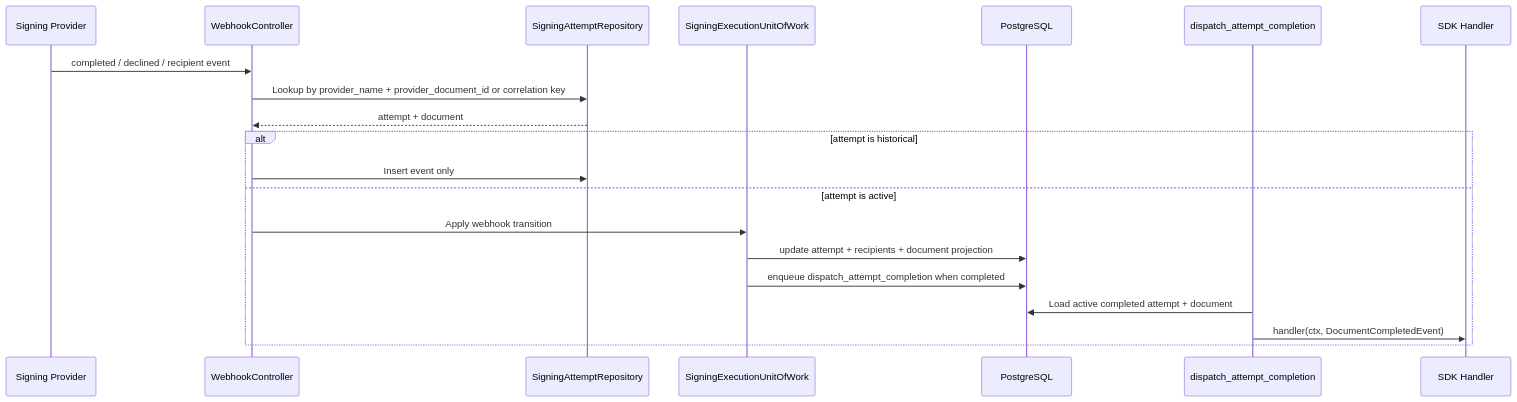
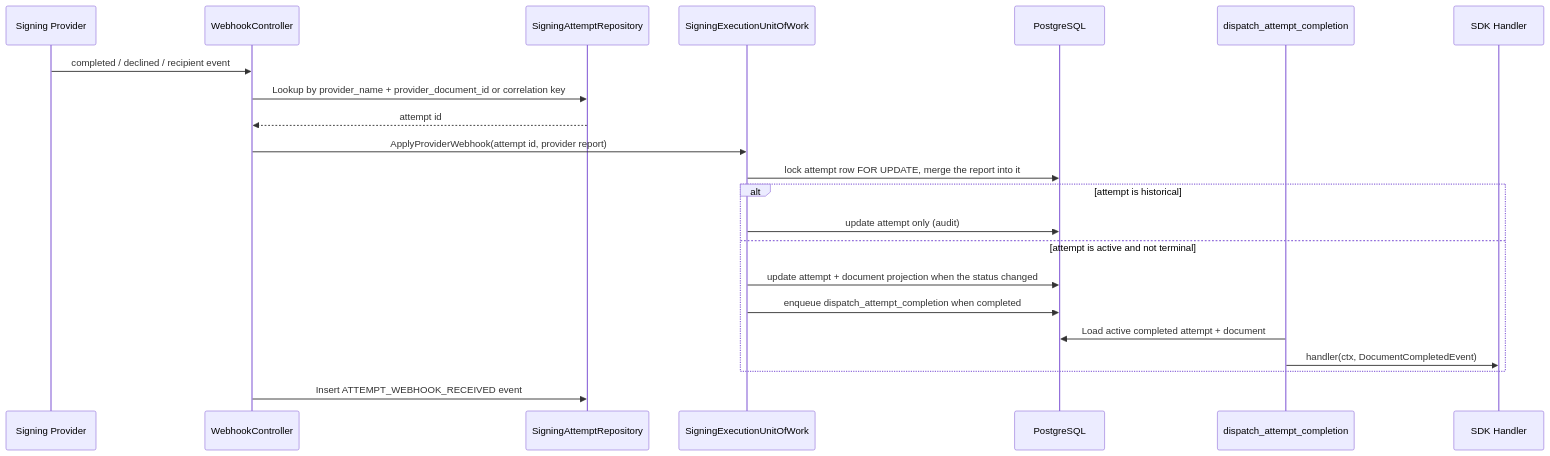
One commit to TetherEducation/doc-assembly changed the third of 3 diagrams in docs/backend/worker-queue-guide.md. Above: the diagram before and after it, drawn with Mermaid. The commit also changed other lines of this file and 8 other files, not shown here.

````diff
--- a/docs/backend/worker-queue-guide.md
+++ b/docs/backend/worker-queue-guide.md
@@ -128,24 +128,26 @@
 ```mermaid
 sequenceDiagram
     participant Provider as Signing Provider
     participant Webhook as WebhookController
     participant Repo as SigningAttemptRepository
     participant UOW as SigningExecutionUnitOfWork
     participant PG as PostgreSQL
     participant River as dispatch_attempt_completion
     participant SDK as SDK Handler
 
     Provider->>Webhook: completed / declined / recipient event
     Webhook->>Repo: Lookup by provider_name + provider_document_id or correlation key
-    Repo-->>Webhook: attempt + document
+    Repo-->>Webhook: attempt id
+    Webhook->>UOW: ApplyProviderWebhook(attempt id, provider report)
+    UOW->>PG: lock attempt row FOR UPDATE, merge the report into it
 
     alt attempt is historical
-        Webhook->>Repo: Insert event only
-    else attempt is active
-        Webhook->>UOW: Apply webhook transition
-        UOW->>PG: update attempt + recipients + document projection
+        UOW->>PG: update attempt only (audit)
+    else attempt is active and not terminal
+        UOW->>PG: update attempt + document projection when the status changed
         UOW->>PG: enqueue dispatch_attempt_completion when completed
         River->>PG: Load active completed attempt + document
         River->>SDK: handler(ctx, DocumentCompletedEvent)
     end
+    Webhook->>Repo: Insert ATTEMPT_WEBHOOK_RECEIVED event
 ```
````
